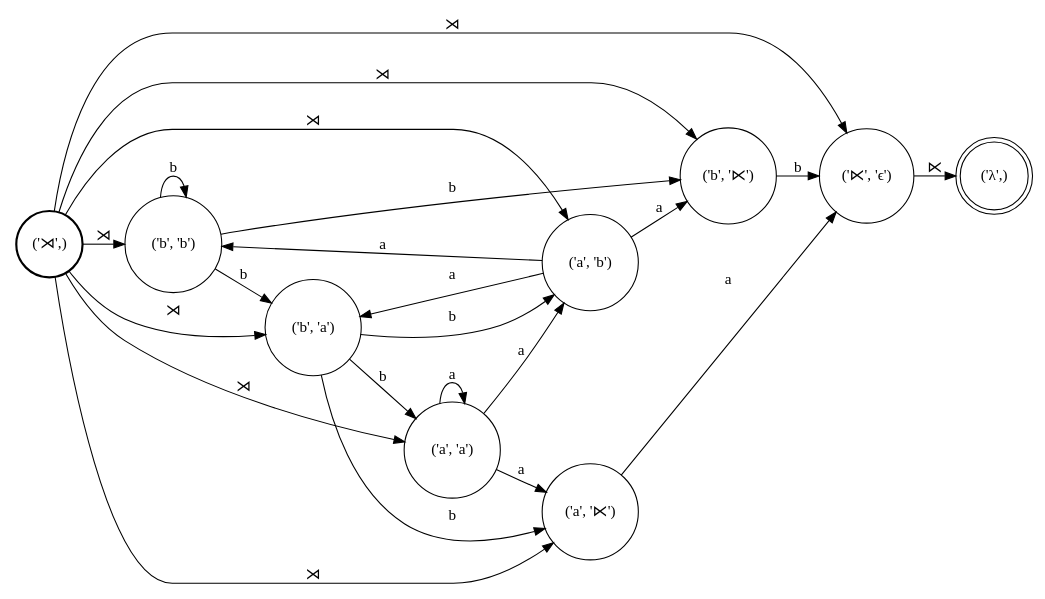
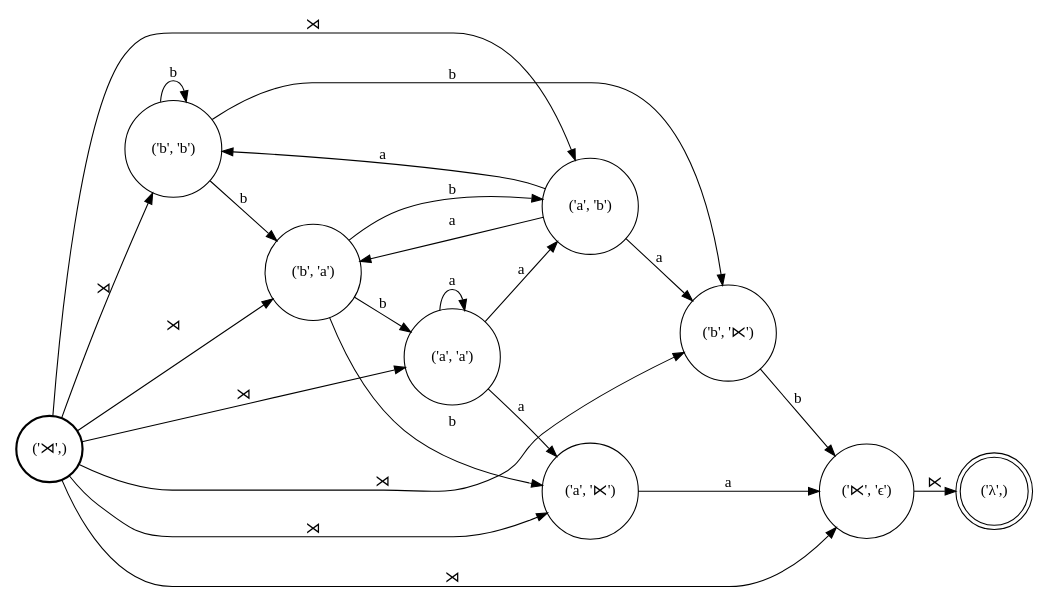
One commit to colincwilson/wynini changed the diagram in demo/R.dot. Above: the diagram before and after it, drawn with Graphviz. The commit also changed 8 other files, not shown here.

```diff
--- a/demo/R.dot
+++ b/demo/R.dot
@@ -1,39 +1,39 @@
 digraph FST {
 rankdir = LR;
 size = "8.5,11";
 center = 1;
 orientation = Portrait;
 ranksep = "0.4";
 nodesep = "0.25";
 8 [label = "('⋊',)", shape = circle, style = bold, fontsize = 14]
-	8 -> 5 [label = "⋊", fontsize = 14];
 	8 -> 4 [label = "⋊", fontsize = 14];
 	8 -> 6 [label = "⋊", fontsize = 14];
-	8 -> 3 [label = "⋊", fontsize = 14];
-	8 -> 7 [label = "⋊", fontsize = 14];
+	8 -> 5 [label = "⋊", fontsize = 14];
 	8 -> 2 [label = "⋊", fontsize = 14];
 	8 -> 1 [label = "⋊", fontsize = 14];
+	8 -> 7 [label = "⋊", fontsize = 14];
+	8 -> 3 [label = "⋊", fontsize = 14];
 0 [label = "('λ',)", shape = doublecircle, style = solid, fontsize = 14]
 1 [label = "('⋉', 'ϵ')", shape = circle, style = solid, fontsize = 14]
 	1 -> 0 [label = "⋉", fontsize = 14];
-2 [label = "('a', '⋉')", shape = circle, style = solid, fontsize = 14]
-	2 -> 1 [label = "a", fontsize = 14];
-3 [label = "('b', '⋉')", shape = circle, style = solid, fontsize = 14]
-	3 -> 1 [label = "b", fontsize = 14];
-4 [label = "('a', 'b')", shape = circle, style = solid, fontsize = 14]
-	4 -> 3 [label = "a", fontsize = 14];
-	4 -> 7 [label = "a", fontsize = 14];
-	4 -> 5 [label = "a", fontsize = 14];
-5 [label = "('b', 'b')", shape = circle, style = solid, fontsize = 14]
-	5 -> 3 [label = "b", fontsize = 14];
-	5 -> 7 [label = "b", fontsize = 14];
-	5 -> 5 [label = "b", fontsize = 14];
-6 [label = "('a', 'a')", shape = circle, style = solid, fontsize = 14]
-	6 -> 2 [label = "a", fontsize = 14];
-	6 -> 6 [label = "a", fontsize = 14];
-	6 -> 4 [label = "a", fontsize = 14];
-7 [label = "('b', 'a')", shape = circle, style = solid, fontsize = 14]
-	7 -> 2 [label = "b", fontsize = 14];
-	7 -> 6 [label = "b", fontsize = 14];
-	7 -> 4 [label = "b", fontsize = 14];
+2 [label = "('b', '⋉')", shape = circle, style = solid, fontsize = 14]
+	2 -> 1 [label = "b", fontsize = 14];
+3 [label = "('a', '⋉')", shape = circle, style = solid, fontsize = 14]
+	3 -> 1 [label = "a", fontsize = 14];
+4 [label = "('b', 'b')", shape = circle, style = solid, fontsize = 14]
+	4 -> 2 [label = "b", fontsize = 14];
+	4 -> 4 [label = "b", fontsize = 14];
+	4 -> 6 [label = "b", fontsize = 14];
+5 [label = "('a', 'b')", shape = circle, style = solid, fontsize = 14]
+	5 -> 2 [label = "a", fontsize = 14];
+	5 -> 4 [label = "a", fontsize = 14];
+	5 -> 6 [label = "a", fontsize = 14];
+6 [label = "('b', 'a')", shape = circle, style = solid, fontsize = 14]
+	6 -> 3 [label = "b", fontsize = 14];
+	6 -> 5 [label = "b", fontsize = 14];
+	6 -> 7 [label = "b", fontsize = 14];
+7 [label = "('a', 'a')", shape = circle, style = solid, fontsize = 14]
+	7 -> 3 [label = "a", fontsize = 14];
+	7 -> 5 [label = "a", fontsize = 14];
+	7 -> 7 [label = "a", fontsize = 14];
 }
```
